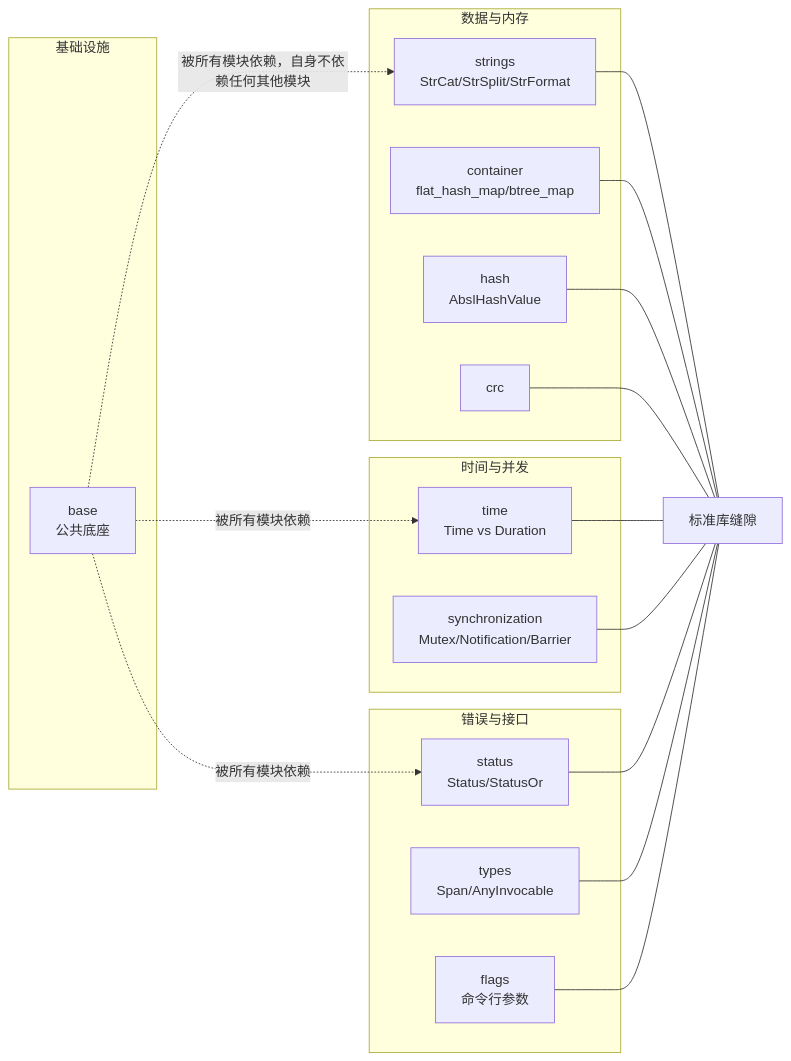
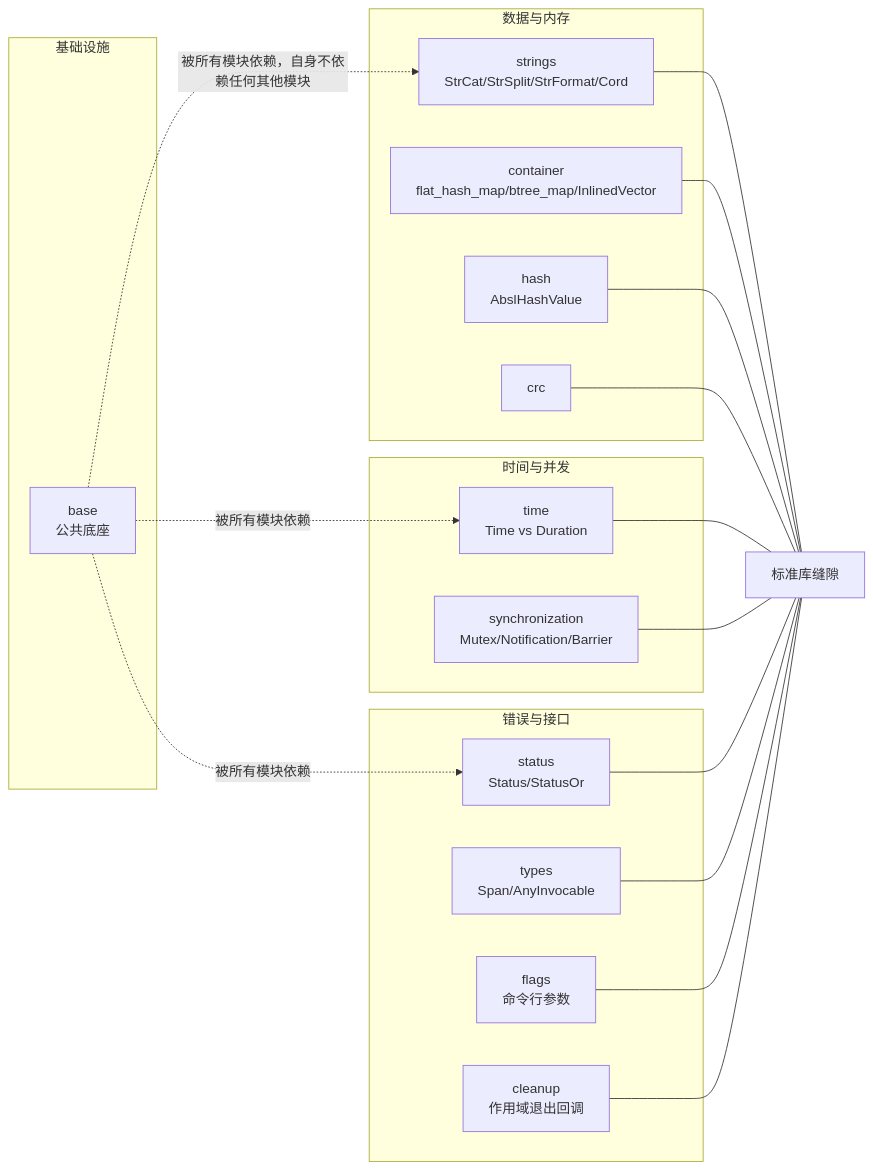
The diagram in content/posts/tech/abseil-abseil-cpp-google-cpp-common-libraries-guide.md (A1pha3/text-matrix), drawn with Mermaid before and after one commit. The commit also changed other lines of this file and 227 other files, not shown here.

````diff
--- a/content/posts/tech/abseil-abseil-cpp-google-cpp-common-libraries-guide.md
+++ b/content/posts/tech/abseil-abseil-cpp-google-cpp-common-libraries-guide.md
@@ -55,27 +56,28 @@
 ```mermaid
 flowchart LR
     subgraph 数据与内存
-        A1[strings<br/>StrCat/StrSplit/StrFormat]
-        A2[container<br/>flat_hash_map/btree_map]
+        A1[strings<br/>StrCat/StrSplit/StrFormat/Cord]
+        A2[container<br/>flat_hash_map/btree_map/InlinedVector]
         A3[hash<br/>AbslHashValue]
         A4[crc]
     end
     subgraph 时间与并发
         B1[time<br/>Time vs Duration]
         B2[synchronization<br/>Mutex/Notification/Barrier]
     end
     subgraph 错误与接口
         C1[status<br/>Status/StatusOr]
         C2[types<br/>Span/AnyInvocable]
         C3[flags<br/>命令行参数]
+        C4[cleanup<br/>作用域退出回调]
     end
     subgraph 基础设施
         D1[base<br/>公共底座]
     end
     A1 & A2 & A3 & A4 --- 标准库缝隙
     B1 & B2 --- 标准库缝隙
-    C1 & C2 & C3 --- 标准库缝隙
+    C1 & C2 & C3 & C4 --- 标准库缝隙
     D1 -. 被所有模块依赖，自身不依赖任何其他模块 .-> A1
     D1 -. 被所有模块依赖 .-> B1
     D1 -. 被所有模块依赖 .-> C1
 ```
````
